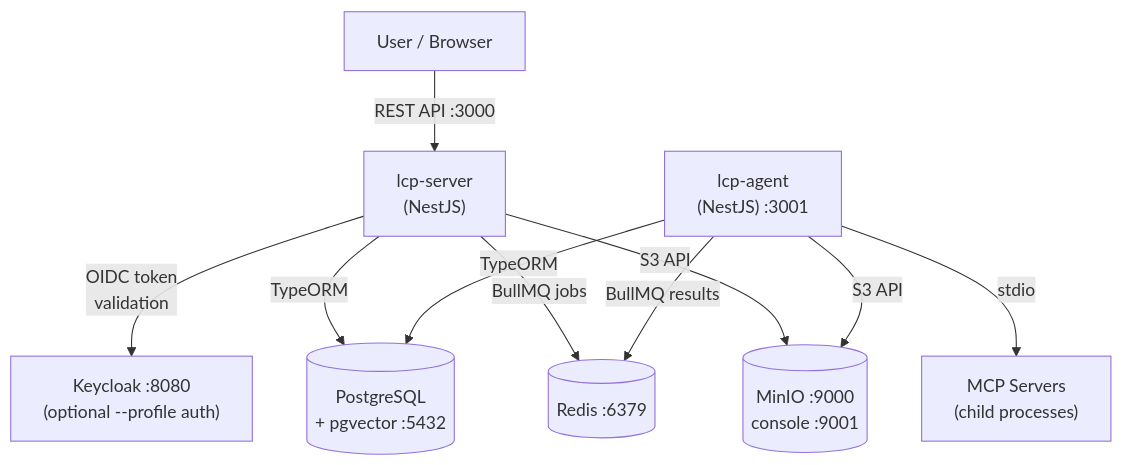
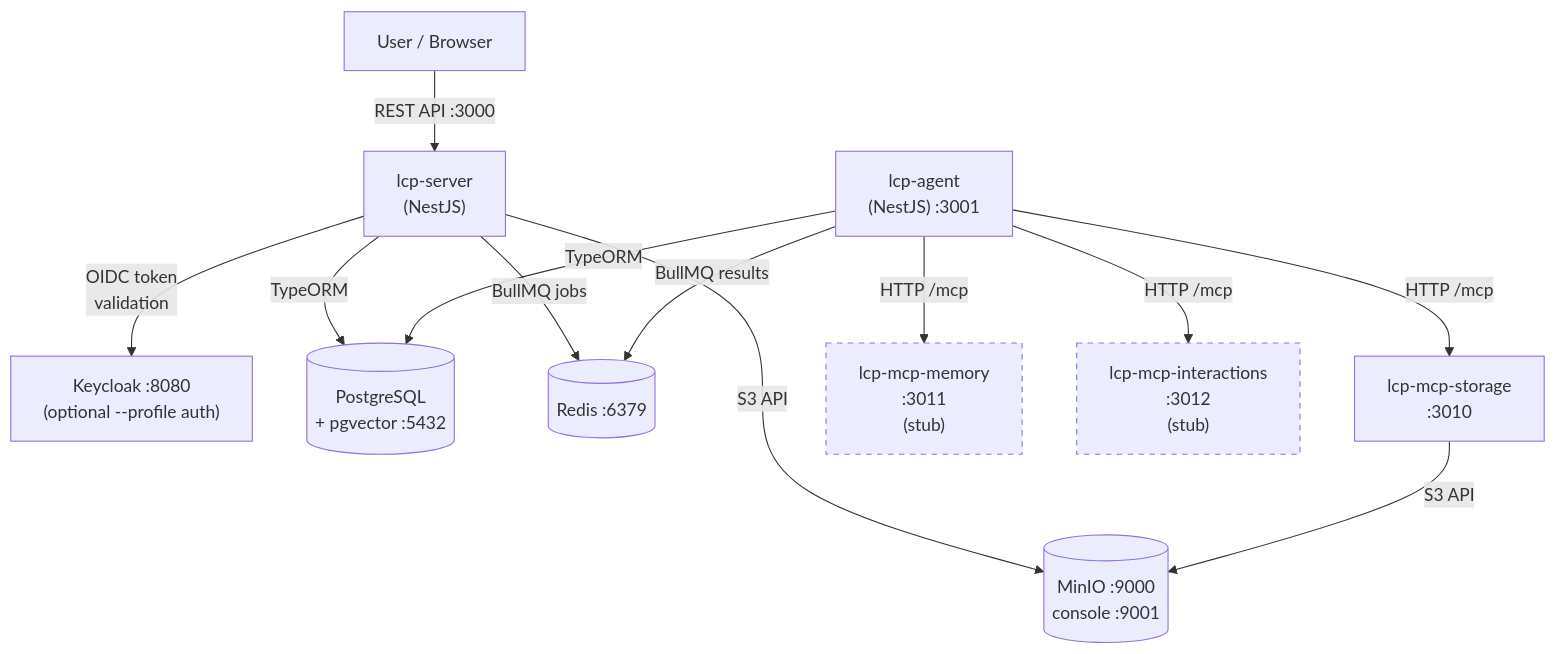
Before and after one commit to instantiator/tcp-server: the first of 3 diagrams in README.md, drawn with Mermaid. The commit also changed other lines of this file and 37 other files, not shown here.

````diff
--- a/README.md
+++ b/README.md
@@ -24,12 +26,16 @@
 ```mermaid
 graph TD
   User["User / Browser"] -->|REST API :3000| LcpServer["lcp-server\n(NestJS)"]
   LcpServer -->|OIDC token\nvalidation| Keycloak["Keycloak :8080\n(optional --profile auth)"]
   LcpServer -->|TypeORM| Postgres[(PostgreSQL\n+ pgvector :5432)]
   LcpServer -->|BullMQ jobs| Redis[(Redis :6379)]
   LcpServer -->|S3 API| MinIO[(MinIO :9000\nconsole :9001)]
   LcpAgent["lcp-agent\n(NestJS) :3001"] -->|BullMQ results| Redis
   LcpAgent -->|TypeORM| Postgres
-  LcpAgent -->|S3 API| MinIO
-  LcpAgent -->|stdio| MCP["MCP Servers\n(child processes)"]
+  LcpAgent -->|HTTP /mcp| McpStorage["lcp-mcp-storage\n:3010"]
+  LcpAgent -->|HTTP /mcp| McpMemory["lcp-mcp-memory\n:3011\n(stub)"]
+  LcpAgent -->|HTTP /mcp| McpInteract["lcp-mcp-interactions\n:3012\n(stub)"]
+  McpStorage -->|S3 API| MinIO
+  style McpMemory stroke-dasharray: 5 5
+  style McpInteract stroke-dasharray: 5 5
 ```
````
